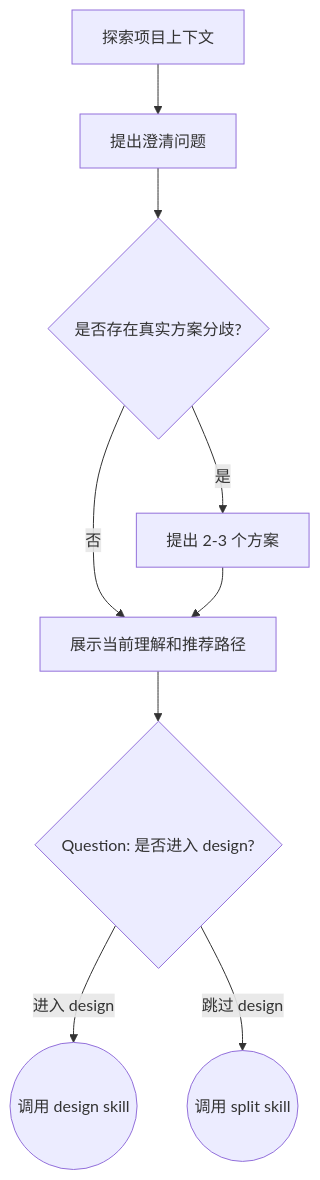
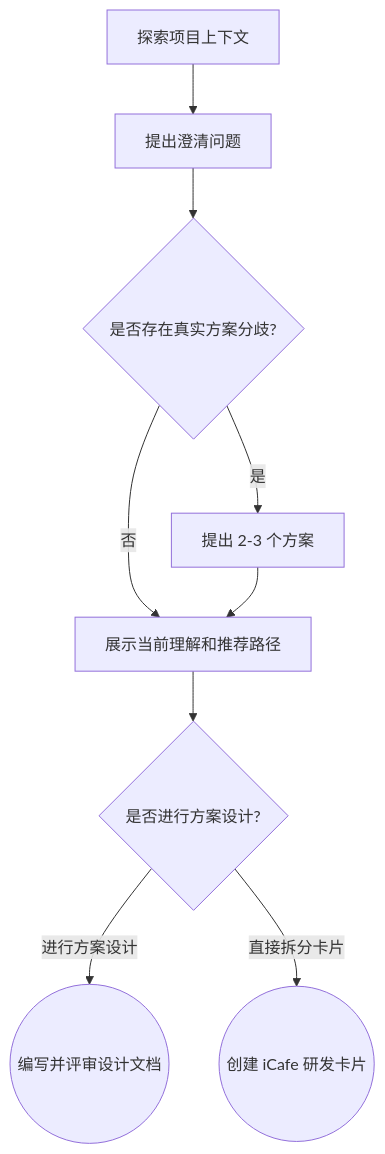
Before and after one commit to BaiduComate/mission-flow: the diagram in skills/think/SKILL.md, drawn with Mermaid. The commit also changed other lines of this file and 11 other files, not shown here.

Commit message:
feat: localize mission flow stage names

````diff
--- a/skills/think/SKILL.md
+++ b/skills/think/SKILL.md
@@ -51,11 +53,11 @@
 ```mermaid
 flowchart TD
     A[探索项目上下文] --> B[提出澄清问题]
     B --> C{是否存在真实方案分歧?}
     C -->|是| D[提出 2-3 个方案]
     C -->|否| E[展示当前理解和推荐路径]
     D --> E
-    E --> F{Question: 是否进入 design?}
-    F -->|进入 design| G((调用 design skill))
-    F -->|跳过 design| H((调用 split skill))
+    E --> F{是否进行方案设计?}
+    F -->|进行方案设计| G((编写并评审设计文档))
+    F -->|直接拆分卡片| H((创建 iCafe 研发卡片))
 ```
````
